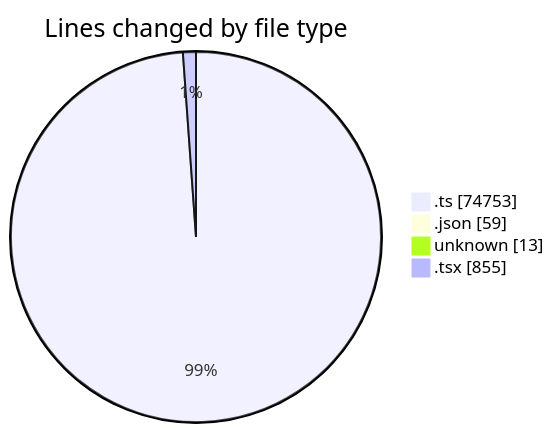
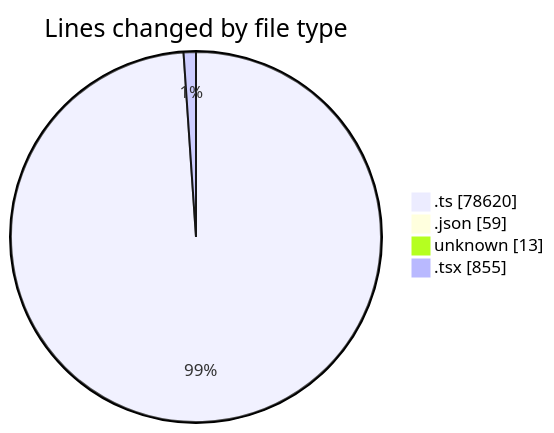
Before and after one commit to momahboobian/code-tracking: the first of 2 diagrams in 2025-09-09/cda/README.md, drawn with Mermaid. The commit also changed other lines of this file and 1 other file, not shown here.

````diff
--- a/2025-09-09/cda/README.md
+++ b/2025-09-09/cda/README.md
@@ -126,8 +127,8 @@
 ```mermaid
 pie showData
 title Lines changed by file type
-".ts" : 74753
+".ts" : 78620
 ".json" : 59
 "unknown" : 13
 ".tsx" : 855
 ```
````
